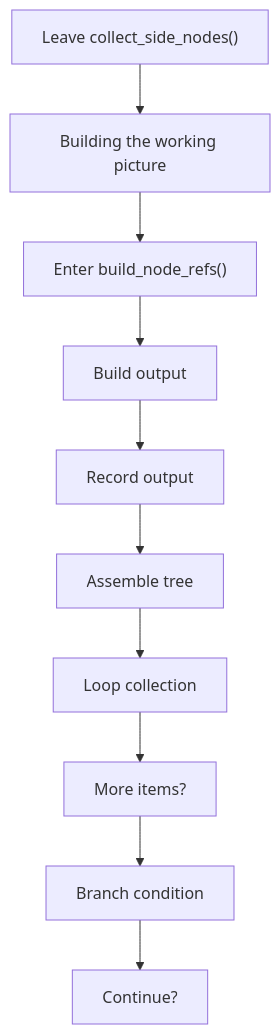
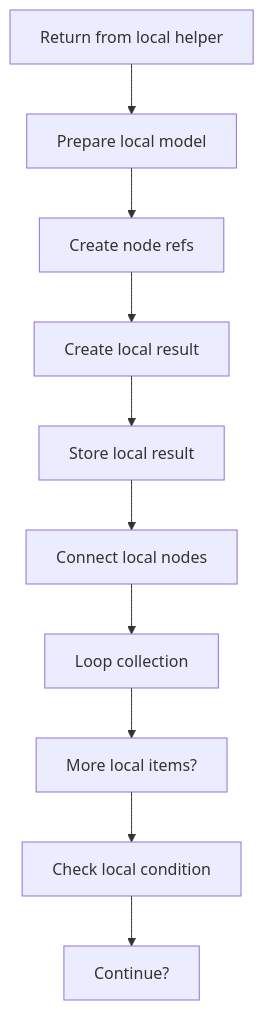
Before and after one commit to JohnAndrewBalbarosa/NeoTerritory: the second of 5 diagrams in docs/Codebase/Microservice/Modules/Source/HashingMechanism/HashLinks/Collect/Flow/hash_links_collect_program_flow.cpp.md, drawn with Mermaid. The commit also changed other lines of this file and 925 other files, not shown here.

````diff
--- a/docs/Codebase/Microservice/Modules/Source/HashingMechanism/HashLinks/Collect/Flow/hash_links_collect_program_flow.cpp.md
+++ b/docs/Codebase/Microservice/Modules/Source/HashingMechanism/HashLinks/Collect/Flow/hash_links_collect_program_flow.cpp.md
@@ -41,22 +41,22 @@
 ```mermaid
 flowchart TD
-    N0["Leave collect_side_nodes()"]
-    N1["Building the working picture"]
-    N2["Enter build_node_refs()"]
-    N3["Build output"]
-    N4["Record output"]
-    N5["Assemble tree"]
+    N0["Return from local helper"]
+    N1["Prepare local model"]
+    N2["Create node refs"]
+    N3["Create local result"]
+    N4["Store local result"]
+    N5["Connect local nodes"]
     N6["Loop collection"]
-    N7["More items?"]
-    N8["Branch condition"]
+    N7["More local items?"]
+    N8["Check local condition"]
     N9["Continue?"]
     N0 --> N1
     N1 --> N2
     N2 --> N3
     N3 --> N4
     N4 --> N5
     N5 --> N6
     N6 --> N7
     N7 --> N8
     N8 --> N9
 ```
````
